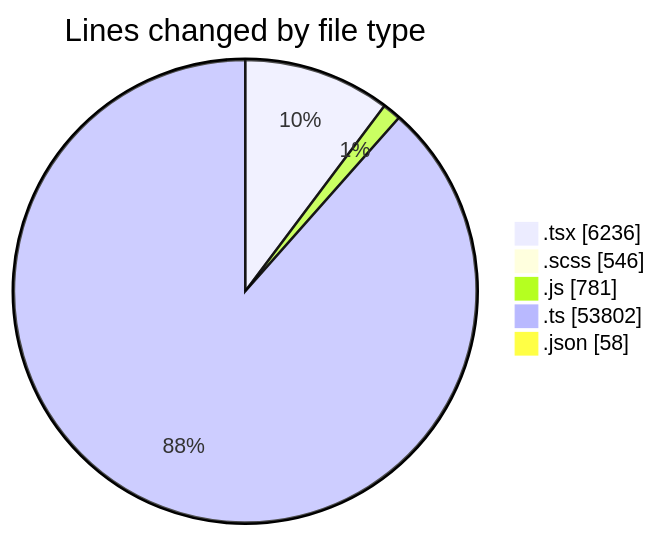
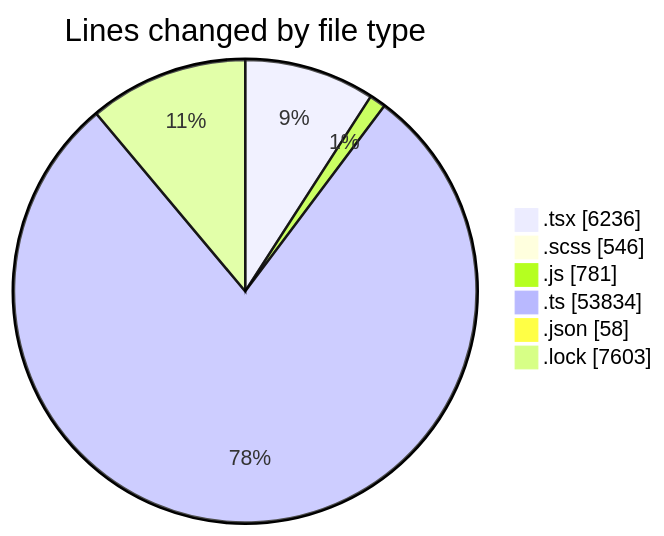
Before and after one commit to momahboobian/code-tracking: the first of 2 diagrams in 2025-11-11/cda/README.md, drawn with Mermaid. The commit also changed other lines of this file and 1 other file, not shown here.

````diff
--- a/2025-11-11/cda/README.md
+++ b/2025-11-11/cda/README.md
@@ -42,9 +43,10 @@
 ```mermaid
 pie showData
 title Lines changed by file type
 ".tsx" : 6236
 ".scss" : 546
 ".js" : 781
-".ts" : 53802
+".ts" : 53834
 ".json" : 58
+".lock" : 7603
 ```
````
